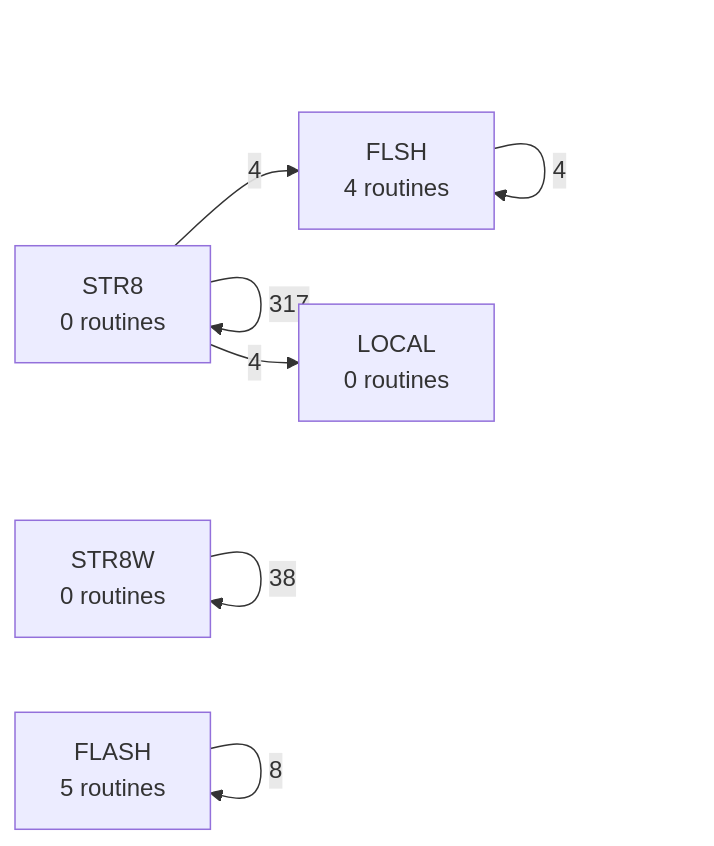
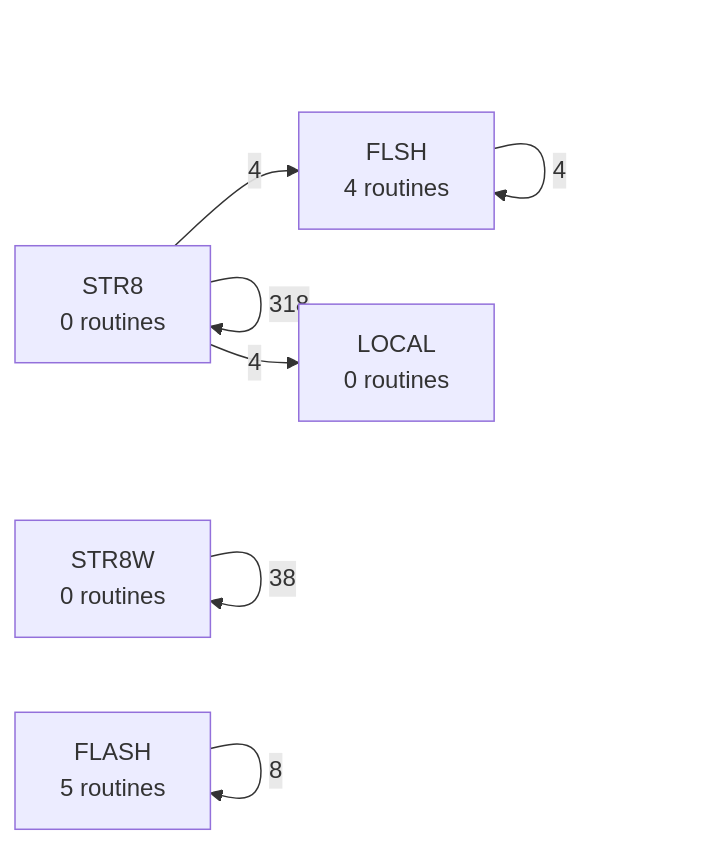
One commit to 95westus/R-YORS changed the fifth of 6 diagrams in DOC/GENERATED/ROUTINE_PREFIX_MAP.md. Above: the diagram before and after it, drawn with Mermaid. The commit also changed other lines of this file and 16 other files, not shown here.

````diff
--- a/DOC/GENERATED/ROUTINE_PREFIX_MAP.md
+++ b/DOC/GENERATED/ROUTINE_PREFIX_MAP.md
@@ -79,9 +79,9 @@
 ```mermaid
 flowchart LR
-    P_STR8["STR8<br/>0 routines"] -->|317| P_STR8["STR8<br/>0 routines"]
+    P_STR8["STR8<br/>0 routines"] -->|318| P_STR8["STR8<br/>0 routines"]
     P_STR8W["STR8W<br/>0 routines"] -->|38| P_STR8W["STR8W<br/>0 routines"]
     P_FLASH["FLASH<br/>5 routines"] -->|8| P_FLASH["FLASH<br/>5 routines"]
     P_FLSH["FLSH<br/>4 routines"] -->|4| P_FLSH["FLSH<br/>4 routines"]
     P_STR8["STR8<br/>0 routines"] -->|4| P_FLSH["FLSH<br/>4 routines"]
     P_STR8["STR8<br/>0 routines"] -->|4| P_LOCAL["LOCAL<br/>0 routines"]
 ```
````
